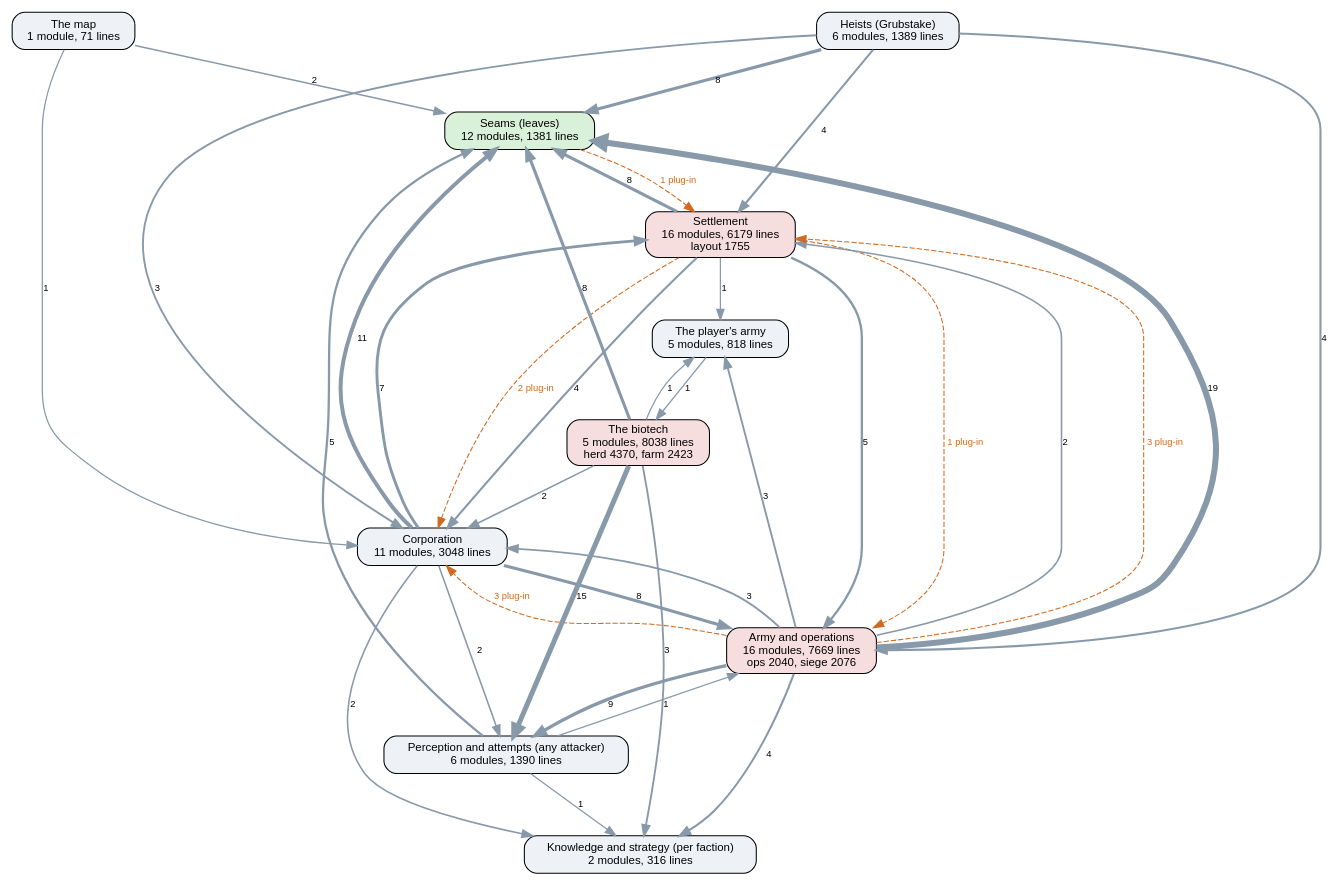
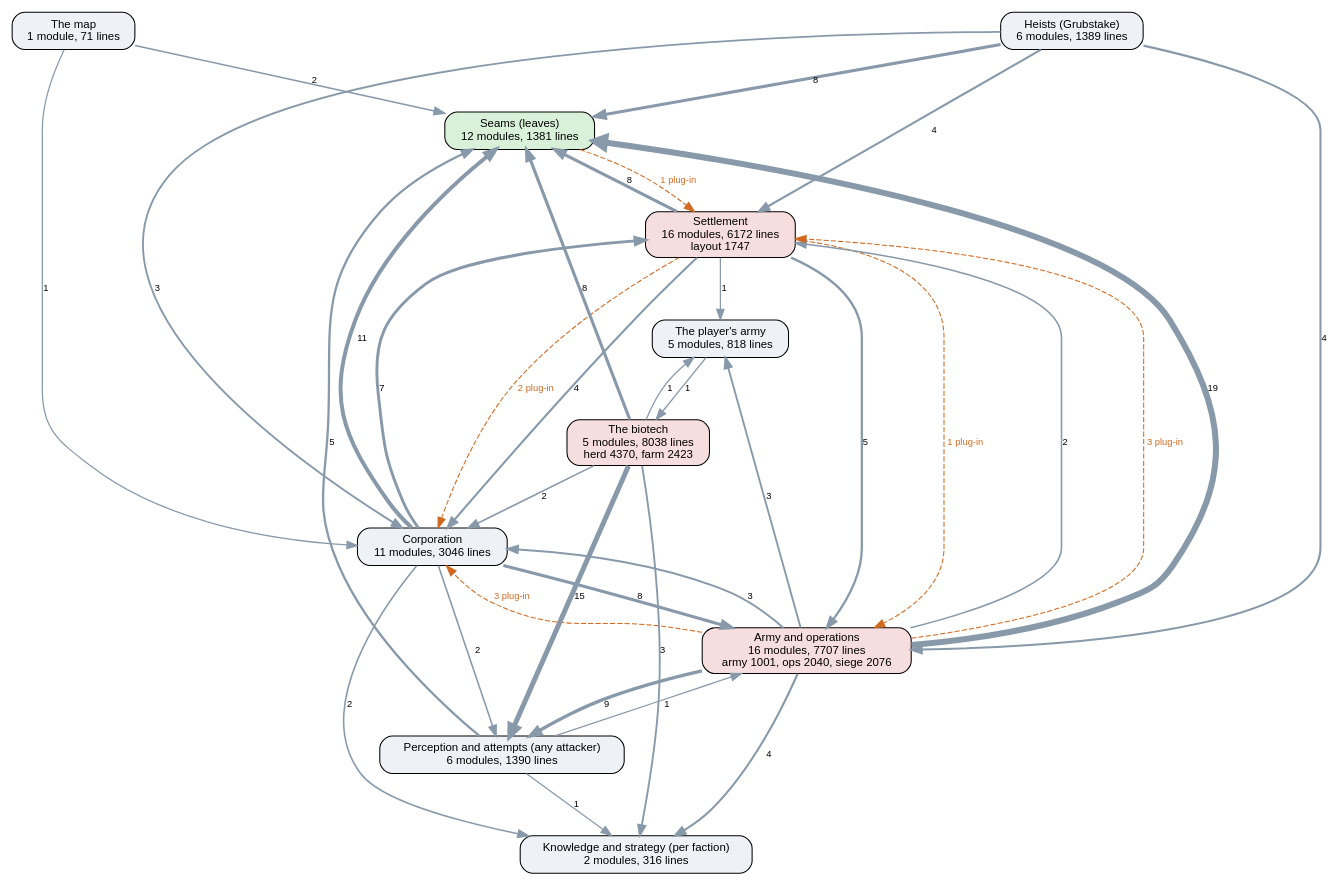
One commit to kinelhu/landing-party changed the diagram in docs/ai-layers.dot. Above: the diagram before and after it, drawn with Graphviz. The commit also changed 13 other files, not shown here.

```diff
--- a/docs/ai-layers.dot
+++ b/docs/ai-layers.dot
@@ -1,50 +1,50 @@
 digraph layers {
   graph [rankdir=TB, fontname="Helvetica", nodesep=0.5, ranksep=0.7];
   node [shape=box, style="rounded,filled", fontname="Helvetica", fontsize=11, fillcolor="#eef2f7"];
   edge [color="#8899aa", fontname="Helvetica", fontsize=9];
   "Seams (leaves)" [label="Seams (leaves)\n12 modules, 1381 lines", fillcolor="#d9f0d9"];
   "Perception and attempts (any attacker)" [label="Perception and attempts (any attacker)\n6 modules, 1390 lines", fillcolor="#eef2f7"];
   "Knowledge and strategy (per faction)" [label="Knowledge and strategy (per faction)\n2 modules, 316 lines", fillcolor="#eef2f7"];
-  "Corporation" [label="Corporation\n11 modules, 3048 lines", fillcolor="#eef2f7"];
-  "Settlement" [label="Settlement\n16 modules, 6179 lines\nlayout 1755", fillcolor="#f7dede"];
-  "Army and operations" [label="Army and operations\n16 modules, 7669 lines\nops 2040, siege 2076", fillcolor="#f7dede"];
+  "Corporation" [label="Corporation\n11 modules, 3046 lines", fillcolor="#eef2f7"];
+  "Settlement" [label="Settlement\n16 modules, 6172 lines\nlayout 1747", fillcolor="#f7dede"];
+  "Army and operations" [label="Army and operations\n16 modules, 7707 lines\narmy 1001, ops 2040, siege 2076", fillcolor="#f7dede"];
   "Heists (Grubstake)" [label="Heists (Grubstake)\n6 modules, 1389 lines", fillcolor="#eef2f7"];
   "The biotech" [label="The biotech\n5 modules, 8038 lines\nherd 4370, farm 2423", fillcolor="#f7dede"];
   "The map" [label="The map\n1 module, 71 lines", fillcolor="#eef2f7"];
   "The player's army" [label="The player's army\n5 modules, 818 lines", fillcolor="#eef2f7"];
   "Army and operations" -> "Corporation" [label="3", penwidth=1.8];
   "Army and operations" -> "Knowledge and strategy (per faction)" [label="4", penwidth=2.0];
   "Army and operations" -> "Perception and attempts (any attacker)" [label="9", penwidth=3.2];
   "Army and operations" -> "Seams (leaves)" [label="19", penwidth=5.8];
   "Army and operations" -> "Settlement" [label="2", penwidth=1.5];
   "Army and operations" -> "The player's army" [label="3", penwidth=1.8];
   "Corporation" -> "Army and operations" [label="8", penwidth=3.0];
   "Corporation" -> "Knowledge and strategy (per faction)" [label="2", penwidth=1.5];
   "Corporation" -> "Perception and attempts (any attacker)" [label="2", penwidth=1.5];
   "Corporation" -> "Seams (leaves)" [label="11", penwidth=3.8];
   "Corporation" -> "Settlement" [label="7", penwidth=2.8];
   "Heists (Grubstake)" -> "Army and operations" [label="4", penwidth=2.0];
   "Heists (Grubstake)" -> "Corporation" [label="3", penwidth=1.8];
   "Heists (Grubstake)" -> "Seams (leaves)" [label="8", penwidth=3.0];
   "Heists (Grubstake)" -> "Settlement" [label="4", penwidth=2.0];
   "Perception and attempts (any attacker)" -> "Army and operations" [label="1", penwidth=1.2];
   "Perception and attempts (any attacker)" -> "Knowledge and strategy (per faction)" [label="1", penwidth=1.2];
   "Perception and attempts (any attacker)" -> "Seams (leaves)" [label="5", penwidth=2.2];
   "Settlement" -> "Army and operations" [label="5", penwidth=2.2];
   "Settlement" -> "Corporation" [label="4", penwidth=2.0];
   "Settlement" -> "Seams (leaves)" [label="8", penwidth=3.0];
   "Settlement" -> "The player's army" [label="1", penwidth=1.2];
   "The biotech" -> "Corporation" [label="2", penwidth=1.5];
   "The biotech" -> "Knowledge and strategy (per faction)" [label="3", penwidth=1.8];
   "The biotech" -> "Perception and attempts (any attacker)" [label="15", penwidth=4.8];
   "The biotech" -> "Seams (leaves)" [label="8", penwidth=3.0];
   "The biotech" -> "The player's army" [label="1", penwidth=1.2];
   "The map" -> "Corporation" [label="1", penwidth=1.2];
   "The map" -> "Seams (leaves)" [label="2", penwidth=1.5];
   "The player's army" -> "The biotech" [label="1", penwidth=1.2];
   "Army and operations" -> "Corporation" [style=dashed, color="#d2691e", fontcolor="#d2691e", label="3 plug-in"];
   "Army and operations" -> "Settlement" [style=dashed, color="#d2691e", fontcolor="#d2691e", label="3 plug-in"];
   "Seams (leaves)" -> "Settlement" [style=dashed, color="#d2691e", fontcolor="#d2691e", label="1 plug-in"];
   "Settlement" -> "Army and operations" [style=dashed, color="#d2691e", fontcolor="#d2691e", label="1 plug-in"];
   "Settlement" -> "Corporation" [style=dashed, color="#d2691e", fontcolor="#d2691e", label="2 plug-in"];
 }
```
